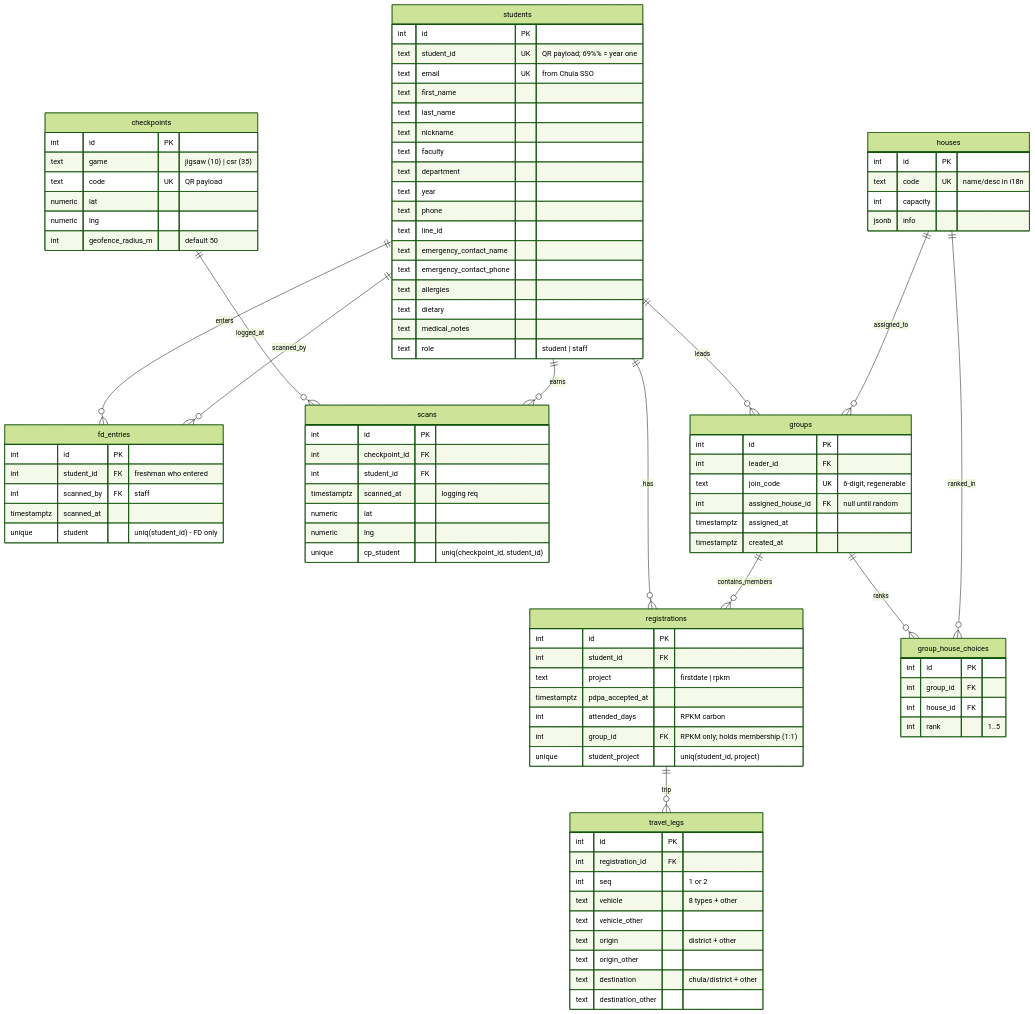
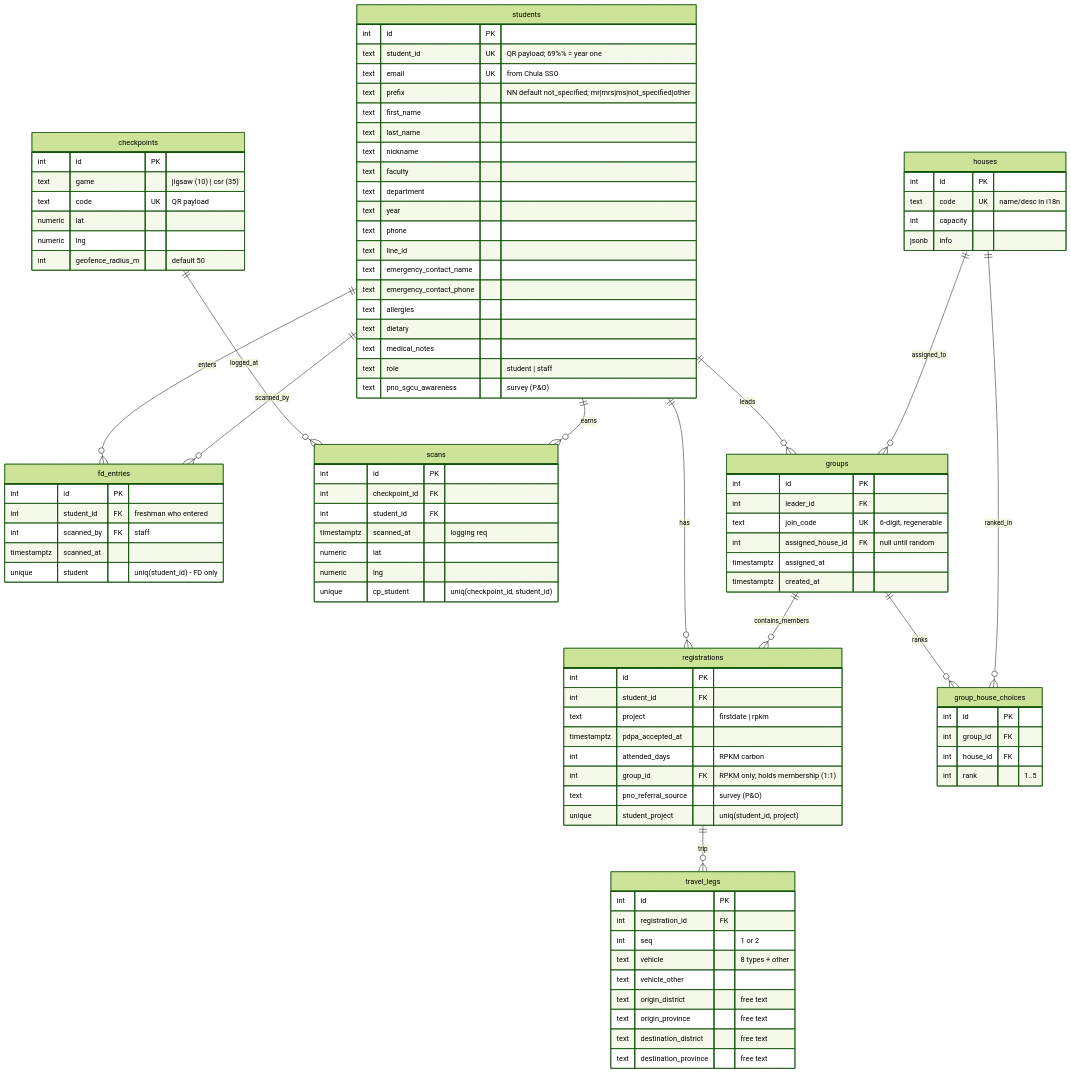
Before and after one commit to isd-sgcu/fdrpkm2026-backend: the first of 4 diagrams in docs/db/diagrams.md, drawn with Mermaid (forest theme). The commit also changed other lines of this file and 9 other files, not shown here.

```diff
--- a/docs/db/diagrams.md
+++ b/docs/db/diagrams.md
@@ -20,6 +22,7 @@
         int id PK
         text student_id UK "QR payload; 69%% = year one"
         text email UK "from Chula SSO"
+        text prefix "NN default not_specified; mr|mrs|ms|not_specified|other"
         text first_name
         text last_name
         text nickname
@@ -34,6 +37,7 @@
         text dietary
         text medical_notes
         text role "student | staff"
+        text pno_sgcu_awareness "survey (P&O)"
     }
     registrations {
         int id PK
@@ -42,6 +46,7 @@
         timestamptz pdpa_accepted_at
         int attended_days "RPKM carbon"
         int group_id FK "RPKM only; holds membership (1:1)"
+        text pno_referral_source "survey (P&O)"
         unique student_project "uniq(student_id, project)"
     }
     travel_legs {
@@ -50,10 +55,10 @@
         int seq "1 or 2"
         text vehicle "8 types + other"
         text vehicle_other
-        text origin "district + other"
-        text origin_other
-        text destination "chula/district + other"
-        text destination_other
+        text origin_district "free text"
+        text origin_province "free text"
+        text destination_district "free text"
+        text destination_province "free text"
     }
     fd_entries {
         int id PK
```
